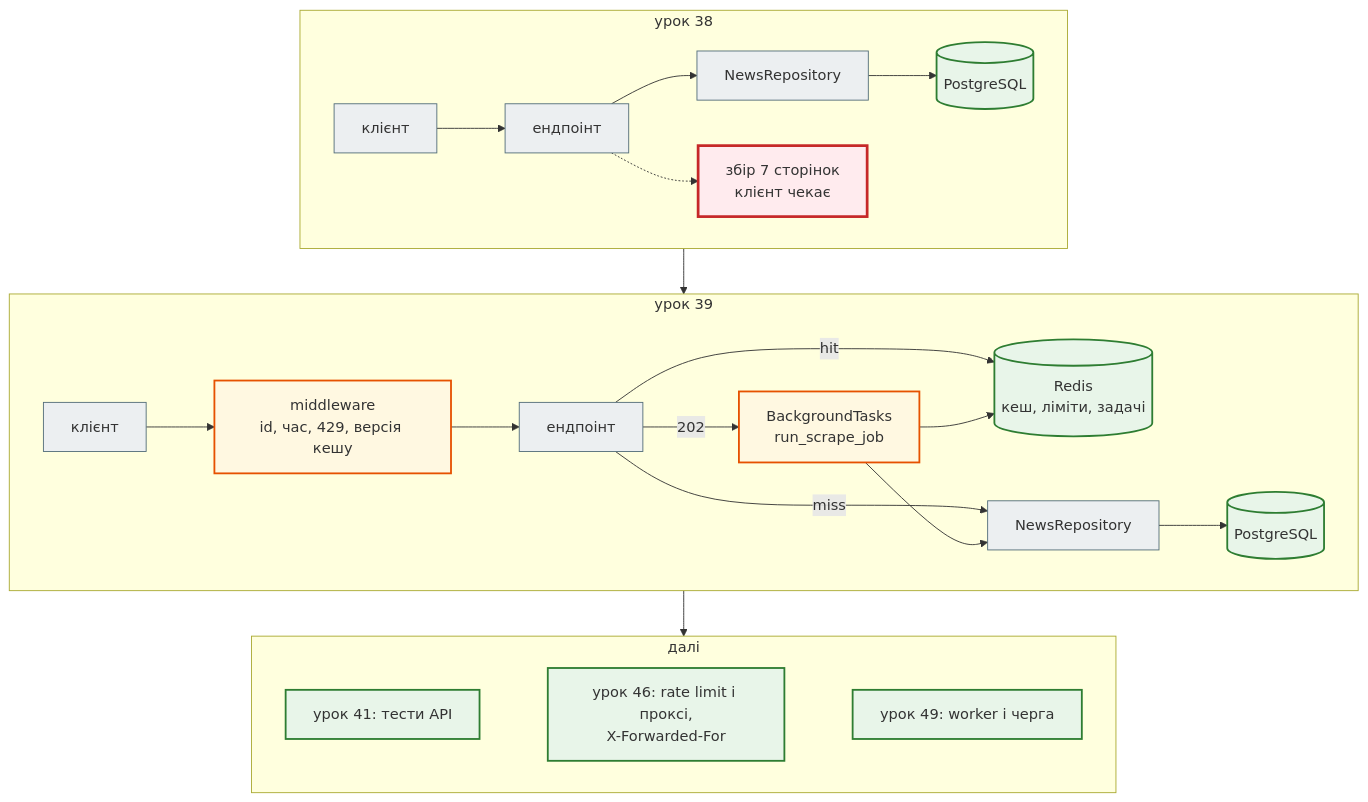
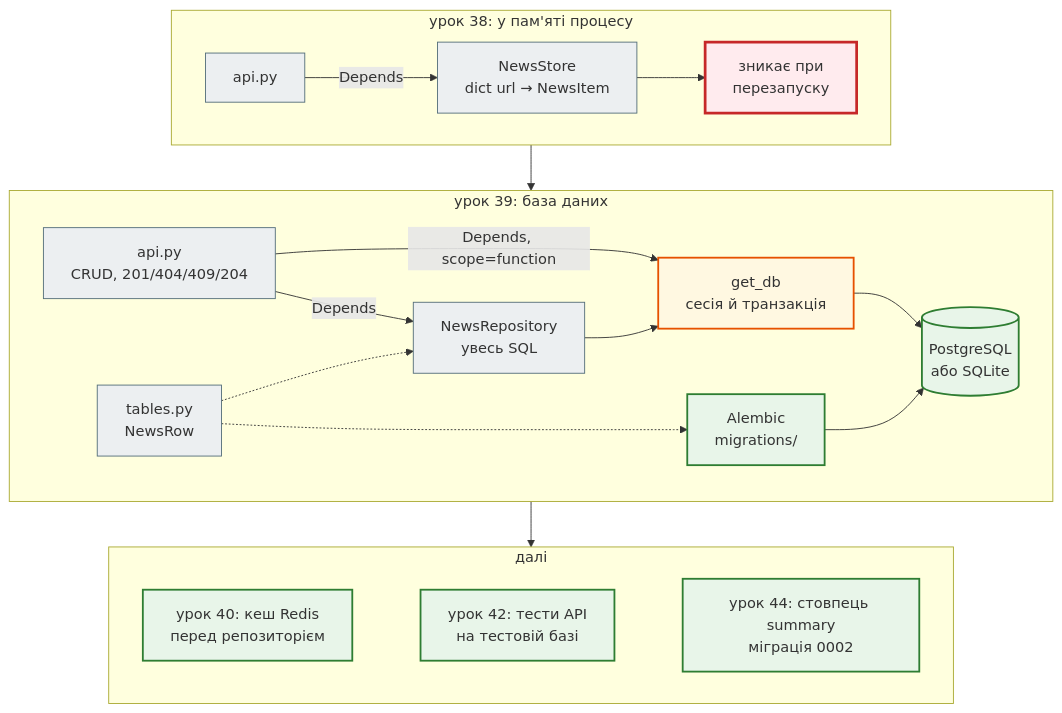
The third of 3 diagrams in docs/modules/m4/lesson_39.md (AlinaRadchenko/PY-Course-Victor-Nikoriak-22-09-2026), drawn with Mermaid before and after one commit. The commit also changed other lines of this file and 1846 other files, not shown here.

````diff
--- a/docs/modules/m4/lesson_39.md
+++ b/docs/modules/m4/lesson_39.md
@@ -439,36 +469,36 @@
 ```mermaid
 flowchart TD
     classDef step     fill:#eceff1,stroke:#546e7a,stroke-width:1px;
     classDef decision fill:#e3f2fd,stroke:#1565c0,stroke-width:2px;
     classDef success  fill:#e8f5e9,stroke:#2e7d32,stroke-width:2px;
     classDef error    fill:#ffebee,stroke:#c62828,stroke-width:3px;
     classDef warning  fill:#fff8e1,stroke:#e65100,stroke-width:2px;
 
-    subgraph OLD ["урок 38"]
+    subgraph OLD ["урок 38: у пам'яті процесу"]
         direction LR
-        C0["клієнт"] --> A0["ендпоінт"] --> R0["NewsRepository"] --> D0[("PostgreSQL")]
-        A0 -.-> S0["збір 7 сторінок<br>клієнт чекає"]
+        A0["api.py"] -- "Depends" --> S0["NewsStore<br>dict url → NewsItem"]
+        S0 --> L0["зникає при<br>перезапуску"]
     end
-    subgraph NEW ["урок 39"]
+    subgraph NEW ["урок 39: база даних"]
         direction LR
-        C1["клієнт"] --> MW["middleware<br>id, час, 429, версія кешу"]
-        MW --> A1["ендпоінт"]
-        A1 -- "hit" --> K[("Redis<br>кеш, ліміти, задачі")]
-        A1 -- "miss" --> R1["NewsRepository"] --> D1[("PostgreSQL")]
-        A1 -- "202" --> BG["BackgroundTasks<br>run_scrape_job"]
-        BG --> R1
-        BG --> K
+        A1["api.py<br>CRUD, 201/404/409/204"] -- "Depends" --> R1["NewsRepository<br>увесь SQL"]
+        A1 -- "Depends, scope=function" --> G1["get_db<br>сесія й транзакція"]
+        R1 --> G1
+        G1 --> DB[("PostgreSQL<br>або SQLite")]
+        M1["Alembic<br>migrations/"] --> DB
+        T1["tables.py<br>NewsRow"] -.-> R1
+        T1 -.-> M1
     end
     subgraph NEXT ["далі"]
         direction LR
-        N1["урок 41: тести API"] ~~~ N2["урок 46: rate limit і проксі,<br>X-Forwarded-For"] ~~~ N3["урок 49: worker і черга"]
+        N1["урок 40: кеш Redis<br>перед репозиторієм"] ~~~ N2["урок 42: тести API<br>на тестовій базі"] ~~~ N3["урок 44: стовпець summary<br>міграція 0002"]
     end
     OLD --> NEW --> NEXT
 
-    class C0,A0,R0,C1,A1,R1 step
-    class S0 error
-    class D0,D1 success
-    class MW,BG warning
-    class K success
+    class A0,S0 step
+    class L0 error
+    class A1,R1,T1 step
+    class G1 warning
+    class DB,M1 success
     class N1,N2,N3 success
 ```
````
